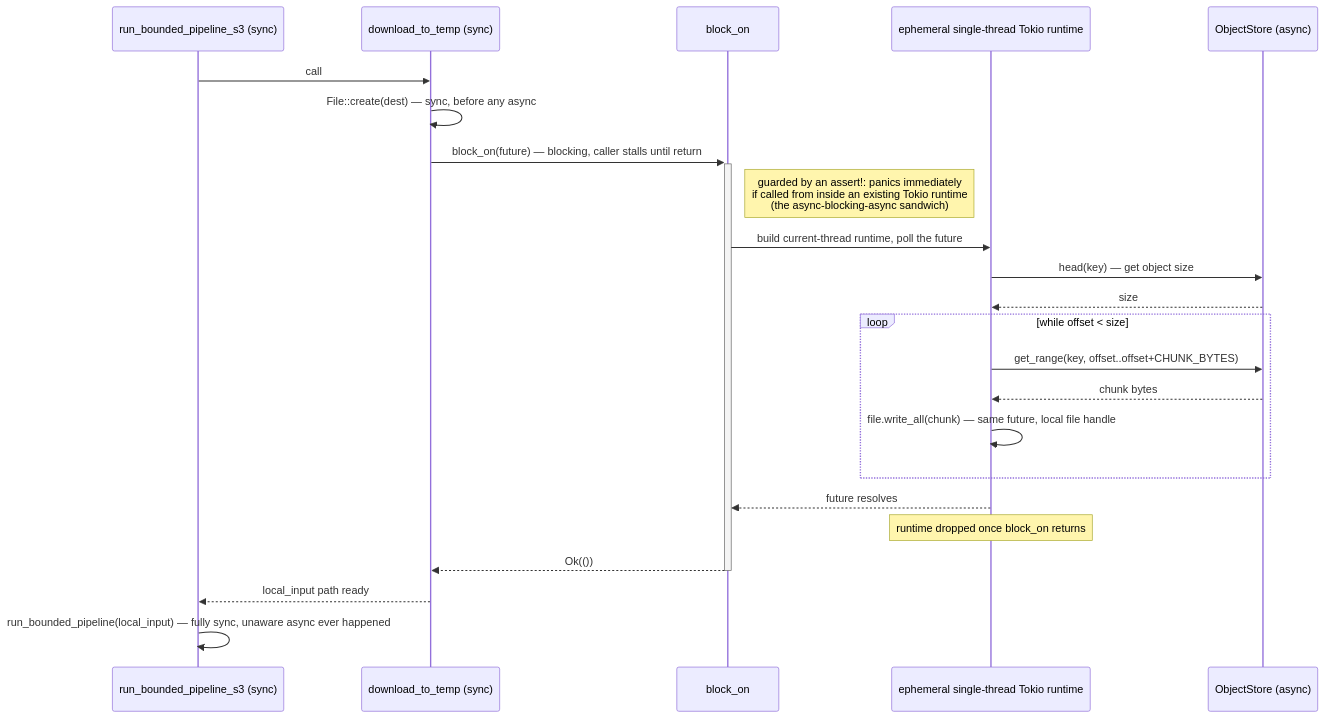
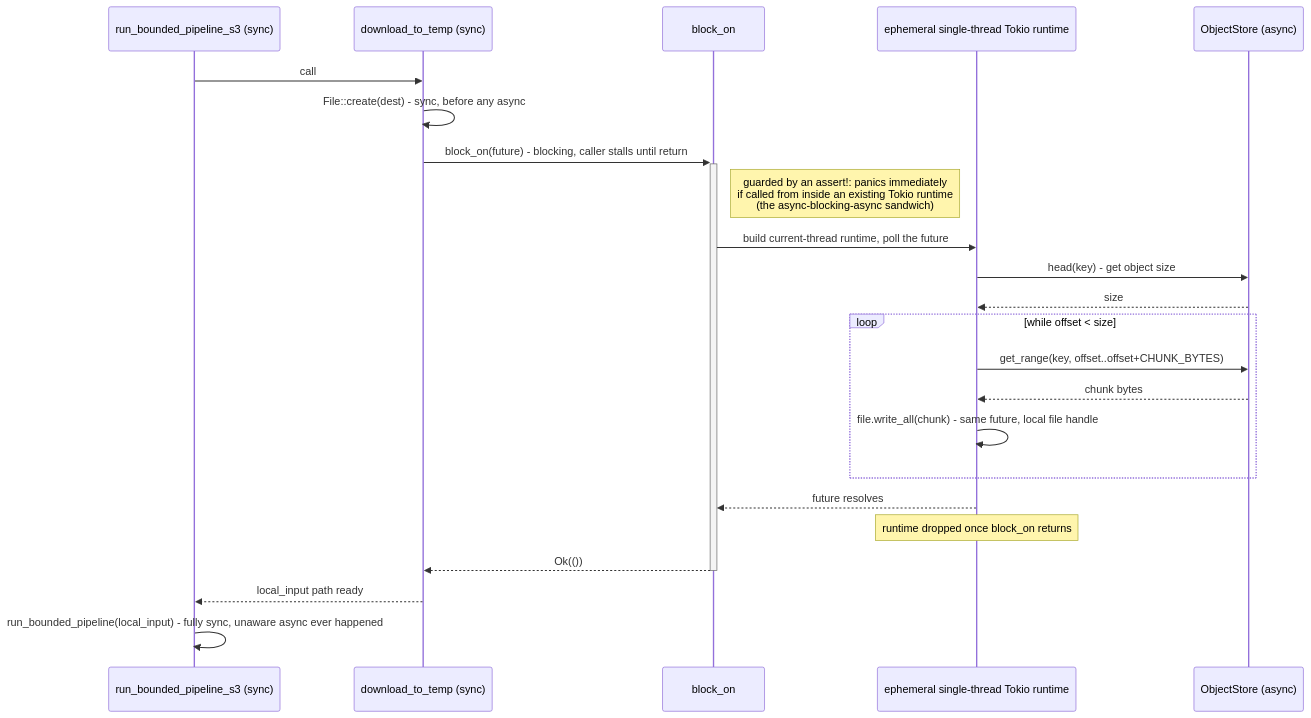
One commit to com-vitthalmirji/datacrate changed the diagram in book/src/object-store.md. Above: the diagram before and after it, drawn with Mermaid. The commit also changed other lines of this file and 14 other files, not shown here.

````diff
--- a/book/src/object-store.md
+++ b/book/src/object-store.md
@@ -59,25 +59,25 @@
 ```mermaid
 sequenceDiagram
     participant P as run_bounded_pipeline_s3 (sync)
     participant D as download_to_temp (sync)
     participant B as block_on
     participant T as ephemeral single-thread Tokio runtime
     participant S as ObjectStore (async)
     P->>D: call
-    D->>D: File::create(dest) — sync, before any async
-    D->>+B: block_on(future) — blocking, caller stalls until return
+    D->>D: File::create(dest) - sync, before any async
+    D->>+B: block_on(future) - blocking, caller stalls until return
     Note right of B: guarded by an assert!: panics immediately<br/>if called from inside an existing Tokio runtime<br/>(the async-blocking-async sandwich)
     B->>T: build current-thread runtime, poll the future
-    T->>S: head(key) — get object size
+    T->>S: head(key) - get object size
     S-->>T: size
     loop while offset < size
         T->>S: get_range(key, offset..offset+CHUNK_BYTES)
         S-->>T: chunk bytes
-        T->>T: file.write_all(chunk) — same future, local file handle
+        T->>T: file.write_all(chunk) - same future, local file handle
     end
     T-->>B: future resolves
     Note over T: runtime dropped once block_on returns
     B-->>-D: Ok(())
     D-->>P: local_input path ready
-    P->>P: run_bounded_pipeline(local_input) — fully sync, unaware async ever happened
+    P->>P: run_bounded_pipeline(local_input) - fully sync, unaware async ever happened
 ```
````
